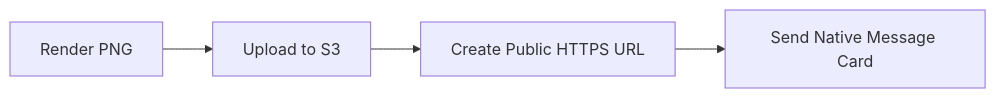
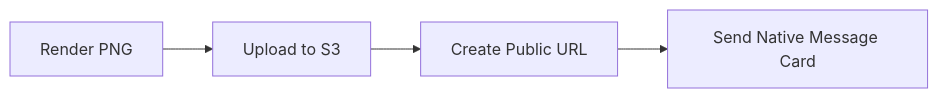
Before and after one commit to TenviLi/splatoon3-bot: the second of 2 diagrams in README.md, drawn with Mermaid. The commit also changed other lines of this file and 11 other files, not shown here.

````diff
--- a/README.md
+++ b/README.md
@@ -302,6 +302,6 @@
 ```mermaid
 flowchart LR
   render["Render PNG"] --> upload["Upload to S3"]
-  upload --> publicUrl["Create Public HTTPS URL"]
+  upload --> publicUrl["Create Public URL"]
   publicUrl --> message["Send Native Message Card"]
 ```
````
